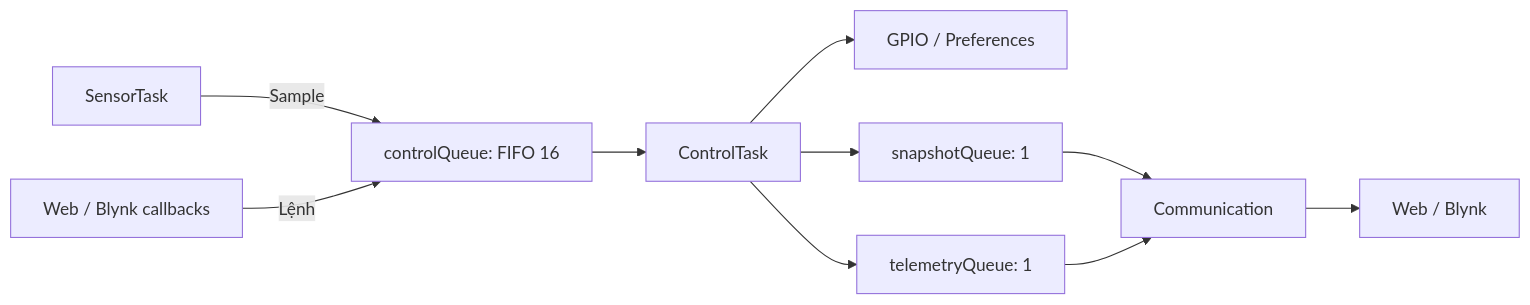
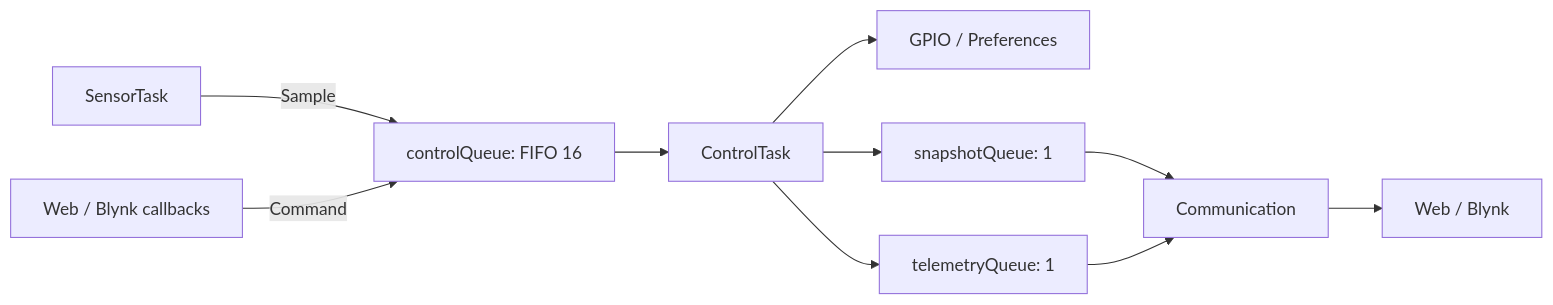
Before and after one commit to VuVanQuy13/ESP32__IoT_Environmental_Monitoring_System__: the diagram in src/README.md, drawn with Mermaid. The commit also changed other lines of this file and 4 other files, not shown here.

````diff
--- a/src/README.md
+++ b/src/README.md
@@ -36,12 +36,12 @@
 ```mermaid
 flowchart LR
     S[SensorTask] -->|Sample| Q[controlQueue: FIFO 16]
-    W[Web / Blynk callbacks] -->|Lệnh| Q
+    W[Web / Blynk callbacks] -->|Command| Q
     Q --> C[ControlTask]
     C --> G[GPIO / Preferences]
     C --> SQ[snapshotQueue: 1]
     C --> TQ[telemetryQueue: 1]
     SQ --> N[Communication]
     TQ --> N
     N --> UI[Web / Blynk]
 ```
````
